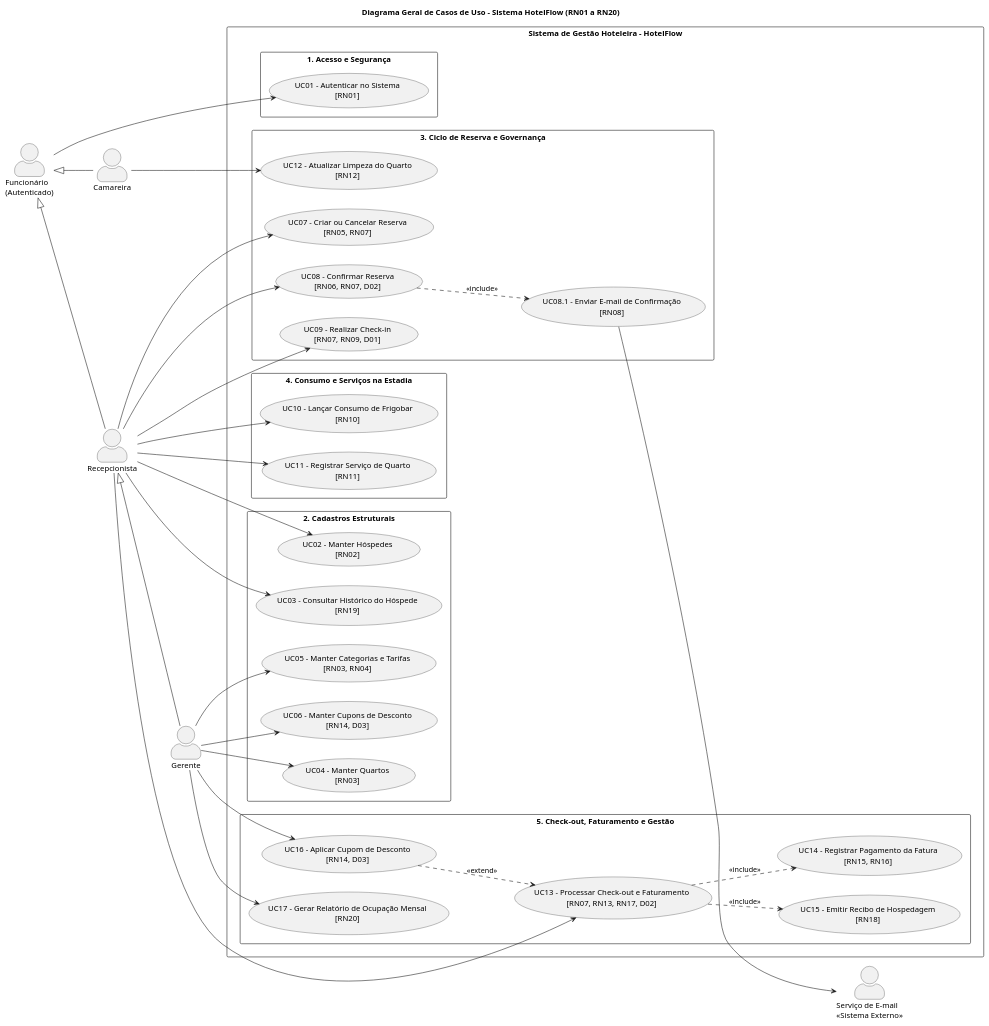
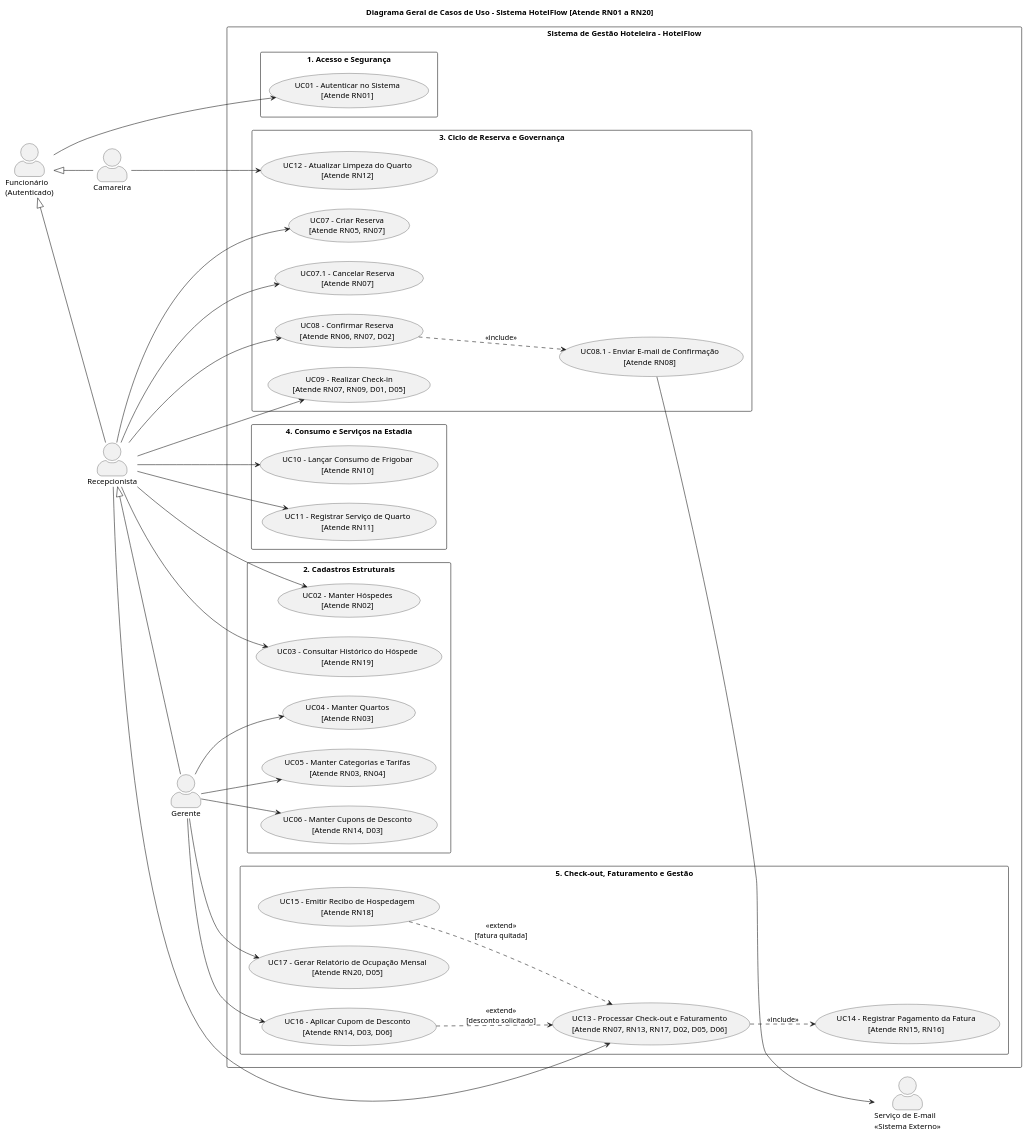
The diagram in docs/diagramas/E2_Casos_de_Uso_Geral.puml (cauezim/hotelflow-senac), drawn with PlantUML before and after one commit. The commit also changed 12 other files, not shown here.

Commit message:
docs(E1-E7): consolida modelagem UML completa e caderno vetorial [Atende RN01..RN20]

```diff
--- a/docs/diagramas/E2_Casos_de_Uso_Geral.puml
+++ b/docs/diagramas/E2_Casos_de_Uso_Geral.puml
@@ -1,101 +1,103 @@
 @startuml E2_Casos_de_Uso_Geral
 left to right direction
 skinparam packageStyle rectangle
 skinparam actorStyle awesome
 skinparam shadowing false
 
-title Diagrama Geral de Casos de Uso – Sistema HotelFlow (RN01 a RN20)
+title Diagrama Geral de Casos de Uso – Sistema HotelFlow [Atende RN01 a RN20]
 
 ' ==========================================
-' ATORES PRIMÁRIOS (RN01, D04)
+' ATORES PRIMÁRIOS [Atende RN01, D04]
 ' ==========================================
 actor "Funcionário\n(Autenticado)" as Funcionario
 actor "Camareira" as Camareira
 actor "Recepcionista" as Recepcionista
 actor "Gerente" as Gerente
 
 ' Generalização (Herança) de Atores [Atende RN01, D04]
 Funcionario <|-- Camareira
 Funcionario <|-- Recepcionista
 Recepcionista <|-- Gerente
 
 ' ==========================================
-' ATOR SECUNDÁRIO / SISTEMA EXTERNO (RN08)
+' ATOR SECUNDÁRIO / SISTEMA EXTERNO [Atende RN08]
 ' ==========================================
 actor "Serviço de E-mail\n<<Sistema Externo>>" as ServicoEmail
 
 ' ==========================================
 ' FRONTEIRA DO SISTEMA HOTELFLOW
 ' ==========================================
 rectangle "Sistema de Gestão Hoteleira – HotelFlow" {
 
     package "1. Acesso e Segurança" {
-        usecase "UC01 - Autenticar no Sistema\n[RN01]" as UC01
+        usecase "UC01 - Autenticar no Sistema\n[Atende RN01]" as UC01
     }
 
     package "2. Cadastros Estruturais" {
-        usecase "UC02 - Manter Hóspedes\n[RN02]" as UC02
-        usecase "UC03 - Consultar Histórico do Hóspede\n[RN19]" as UC03
-        usecase "UC04 - Manter Quartos\n[RN03]" as UC04
-        usecase "UC05 - Manter Categorias e Tarifas\n[RN03, RN04]" as UC05
-        usecase "UC06 - Manter Cupons de Desconto\n[RN14, D03]" as UC06
+        usecase "UC02 - Manter Hóspedes\n[Atende RN02]" as UC02
+        usecase "UC03 - Consultar Histórico do Hóspede\n[Atende RN19]" as UC03
+        usecase "UC04 - Manter Quartos\n[Atende RN03]" as UC04
+        usecase "UC05 - Manter Categorias e Tarifas\n[Atende RN03, RN04]" as UC05
+        usecase "UC06 - Manter Cupons de Desconto\n[Atende RN14, D03]" as UC06
     }
 
     package "3. Ciclo de Reserva e Governança" {
-        usecase "UC07 - Criar ou Cancelar Reserva\n[RN05, RN07]" as UC07
-        usecase "UC08 - Confirmar Reserva\n[RN06, RN07, D02]" as UC08
-        usecase "UC08.1 - Enviar E-mail de Confirmação\n[RN08]" as UC08_1
-        usecase "UC09 - Realizar Check-in\n[RN07, RN09, D01]" as UC09
-        usecase "UC12 - Atualizar Limpeza do Quarto\n[RN12]" as UC12
+        usecase "UC07 - Criar Reserva\n[Atende RN05, RN07]" as UC07
+        usecase "UC07.1 - Cancelar Reserva\n[Atende RN07]" as UC07_1
+        usecase "UC08 - Confirmar Reserva\n[Atende RN06, RN07, D02]" as UC08
+        usecase "UC08.1 - Enviar E-mail de Confirmação\n[Atende RN08]" as UC08_1
+        usecase "UC09 - Realizar Check-in\n[Atende RN07, RN09, D01, D05]" as UC09
+        usecase "UC12 - Atualizar Limpeza do Quarto\n[Atende RN12]" as UC12
     }
 
     package "4. Consumo e Serviços na Estadia" {
-        usecase "UC10 - Lançar Consumo de Frigobar\n[RN10]" as UC10
-        usecase "UC11 - Registrar Serviço de Quarto\n[RN11]" as UC11
+        usecase "UC10 - Lançar Consumo de Frigobar\n[Atende RN10]" as UC10
+        usecase "UC11 - Registrar Serviço de Quarto\n[Atende RN11]" as UC11
     }
 
     package "5. Check-out, Faturamento e Gestão" {
-        usecase "UC13 - Processar Check-out e Faturamento\n[RN07, RN13, RN17, D02]" as UC13
-        usecase "UC14 - Registrar Pagamento da Fatura\n[RN15, RN16]" as UC14
-        usecase "UC15 - Emitir Recibo de Hospedagem\n[RN18]" as UC15
-        usecase "UC16 - Aplicar Cupom de Desconto\n[RN14, D03]" as UC16
-        usecase "UC17 - Gerar Relatório de Ocupação Mensal\n[RN20]" as UC17
+        usecase "UC13 - Processar Check-out e Faturamento\n[Atende RN07, RN13, RN17, D02, D05, D06]" as UC13
+        usecase "UC14 - Registrar Pagamento da Fatura\n[Atende RN15, RN16]" as UC14
+        usecase "UC15 - Emitir Recibo de Hospedagem\n[Atende RN18]" as UC15
+        usecase "UC16 - Aplicar Cupom de Desconto\n[Atende RN14, D03, D06]" as UC16
+        usecase "UC17 - Gerar Relatório de Ocupação Mensal\n[Atende RN20, D05]" as UC17
     }
 }
 
 ' ==========================================
 ' ASSOCIAÇÕES ATORES <-> CASOS DE USO
 ' ==========================================
 
-' Acesso Base (herdado por todos os perfis)
+' Acesso Base (herdado por todos os perfis) [Atende RN01]
 Funcionario --> UC01
 
-' Governança (exclusivo Camareira)
+' Governança (exclusivo Camareira) [Atende RN12]
 Camareira --> UC12
 
-' Rotina de Recepção (Recepcionista e, por herança, Gerente)
+' Rotina de Recepção (Recepcionista e, por herança, Gerente) [Atende D04]
 Recepcionista --> UC02
 Recepcionista --> UC03
 Recepcionista --> UC07
+Recepcionista --> UC07_1
 Recepcionista --> UC08
 Recepcionista --> UC09
 Recepcionista --> UC10
 Recepcionista --> UC11
 Recepcionista --> UC13
 
-' Gestão Estrutural e Financeira (exclusivo Gerente)
+' Gestão Estrutural e Financeira (exclusivo Gerente) [Atende RN03, RN04, RN14, RN20, D04]
 Gerente --> UC04
 Gerente --> UC05
 Gerente --> UC06
 Gerente --> UC16
 Gerente --> UC17
 
 ' Relacionamentos Internos entre Casos de Uso (<<include>> e <<extend>>)
 UC08 ..> UC08_1 : <<include>>
 UC08_1 --> ServicoEmail
 
 UC13 ..> UC14 : <<include>>
-UC13 ..> UC15 : <<include>>
-UC16 ..> UC13 : <<extend>>
+UC15 ..> UC13 : <<extend>>\n[fatura quitada]
+UC16 ..> UC13 : <<extend>>\n[desconto solicitado]
 
 @enduml
```
